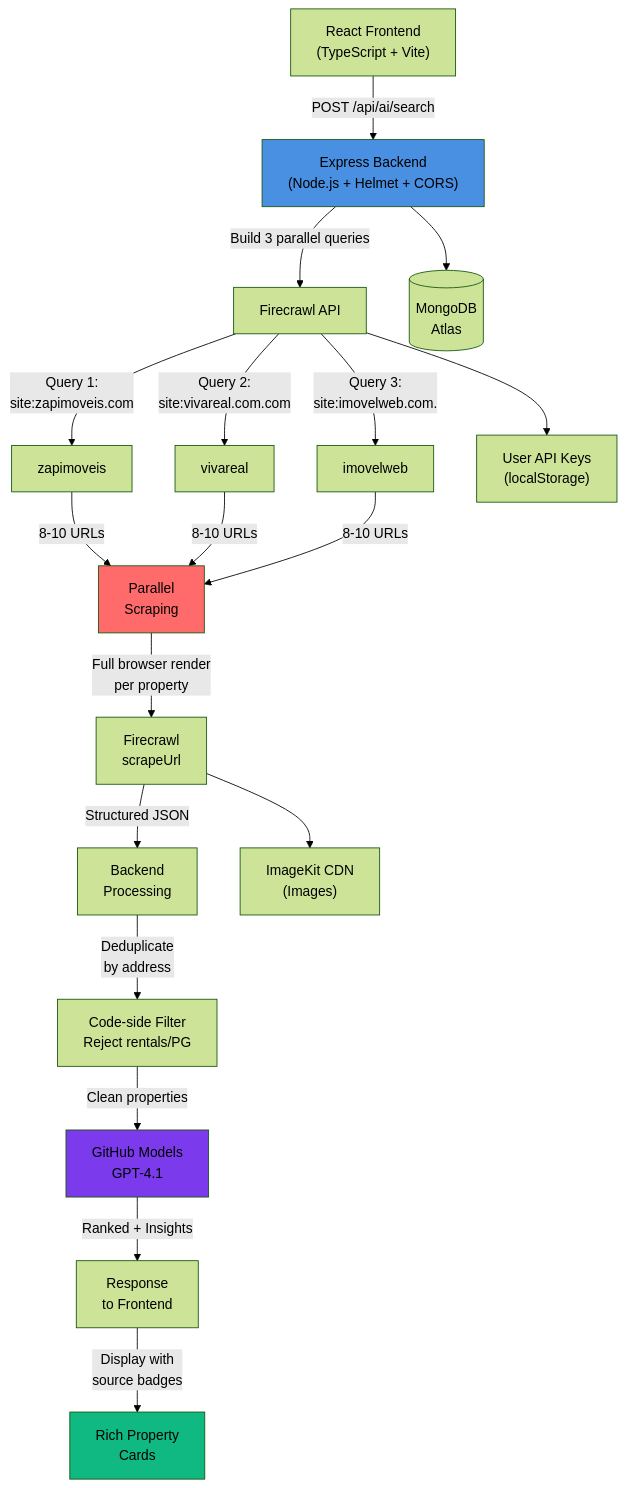
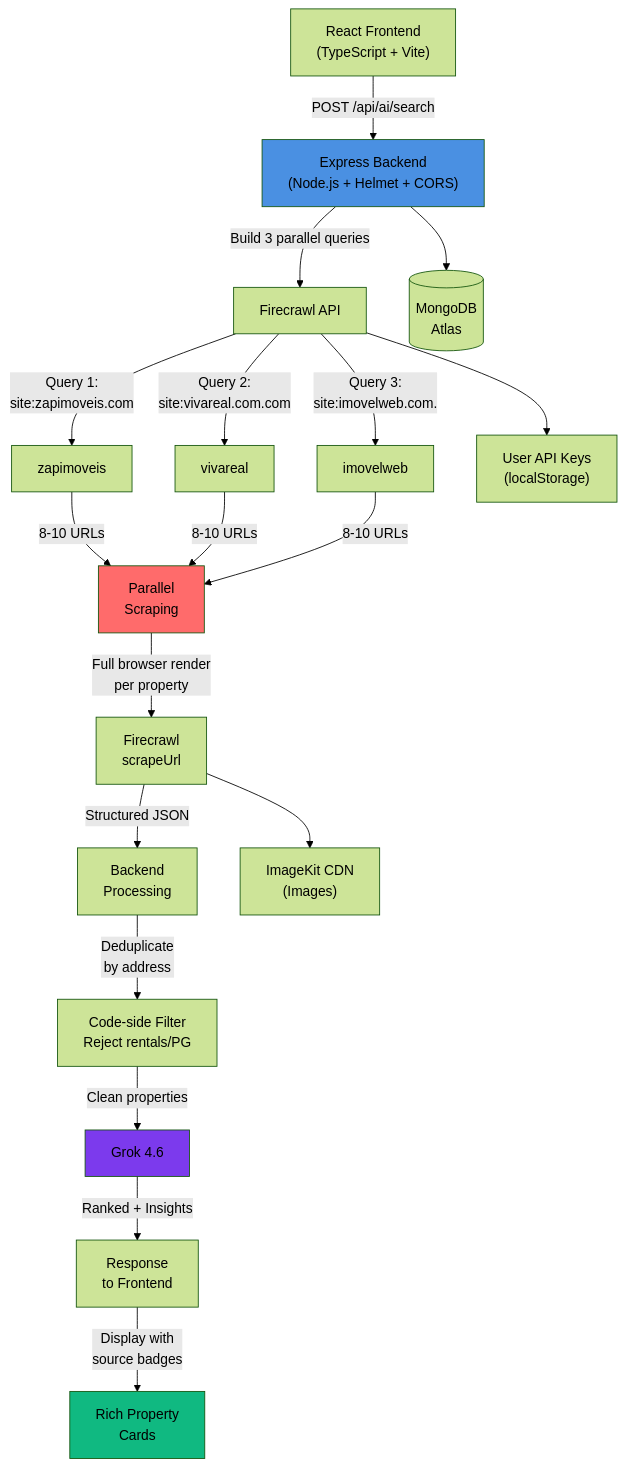
The first of 2 diagrams in README.md (Soundcreates/blocksherpa-assignment), drawn with Mermaid (forest theme) before and after one commit. The commit also changed other lines of this file and 13 other files, not shown here.

````diff
--- a/README.md
+++ b/README.md
@@ -25,33 +25,33 @@
 ```mermaid
 graph TD
     A["React Frontend<br/>(TypeScript + Vite)"] -->|POST /api/ai/search| B["Express Backend<br/>(Node.js + Helmet + CORS)"]
     
     B -->|Build 3 parallel queries| C["Firecrawl API"]
     
     C -->|Query 1:<br/>site:zapimoveis.com| D1["zapimoveis"]  
     C -->|Query 2:<br/>site:vivareal.com.com| D2["vivareal"]
     C -->|Query 3:<br/>site:imovelweb.com.| D3["imovelweb"]
     
     D1 -->|8-10 URLs| E["Parallel<br/>Scraping"]
     D2 -->|8-10 URLs| E
     D3 -->|8-10 URLs| E
     
     E -->|Full browser render<br/>per property| F["Firecrawl<br/>scrapeUrl"] 
     F -->|Structured JSON| G["Backend<br/>Processing"]
     
     G -->|Deduplicate<br/>by address| H["Code-side Filter<br/>Reject rentals/PG"]
-    H -->|Clean properties| I["GitHub Models<br/>GPT-4.1"]
+    H -->|Clean properties| I["Grok 4.6"]
     
     I -->|Ranked + Insights| J["Response<br/>to Frontend"]
     
     J -->|Display with<br/>source badges| K["Rich Property<br/>Cards"]
     
     B --> L[("MongoDB<br/>Atlas")]
     C --> M["User API Keys<br/>(localStorage)"]
     F --> N["ImageKit CDN<br/>(Images)"]
     
     style B fill:#4A90E2
     style E fill:#FF6B6B
     style I fill:#7C3AED
     style K fill:#10B981
 ```
````
